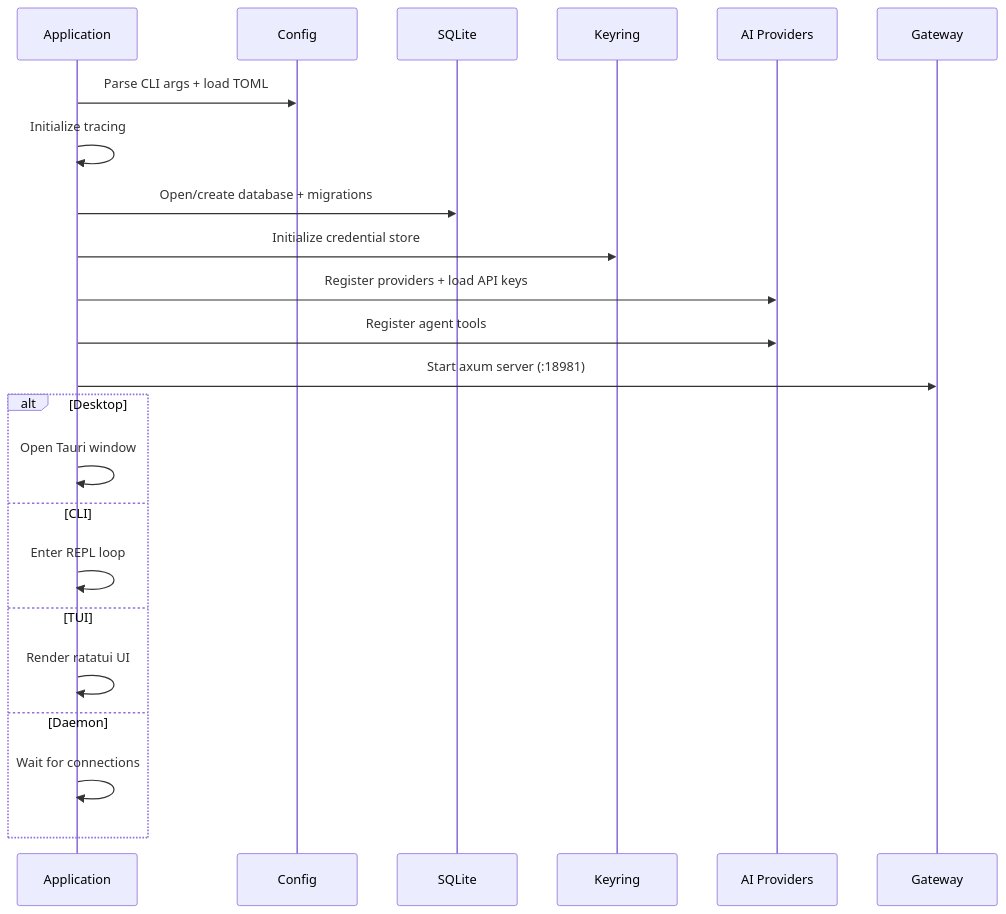
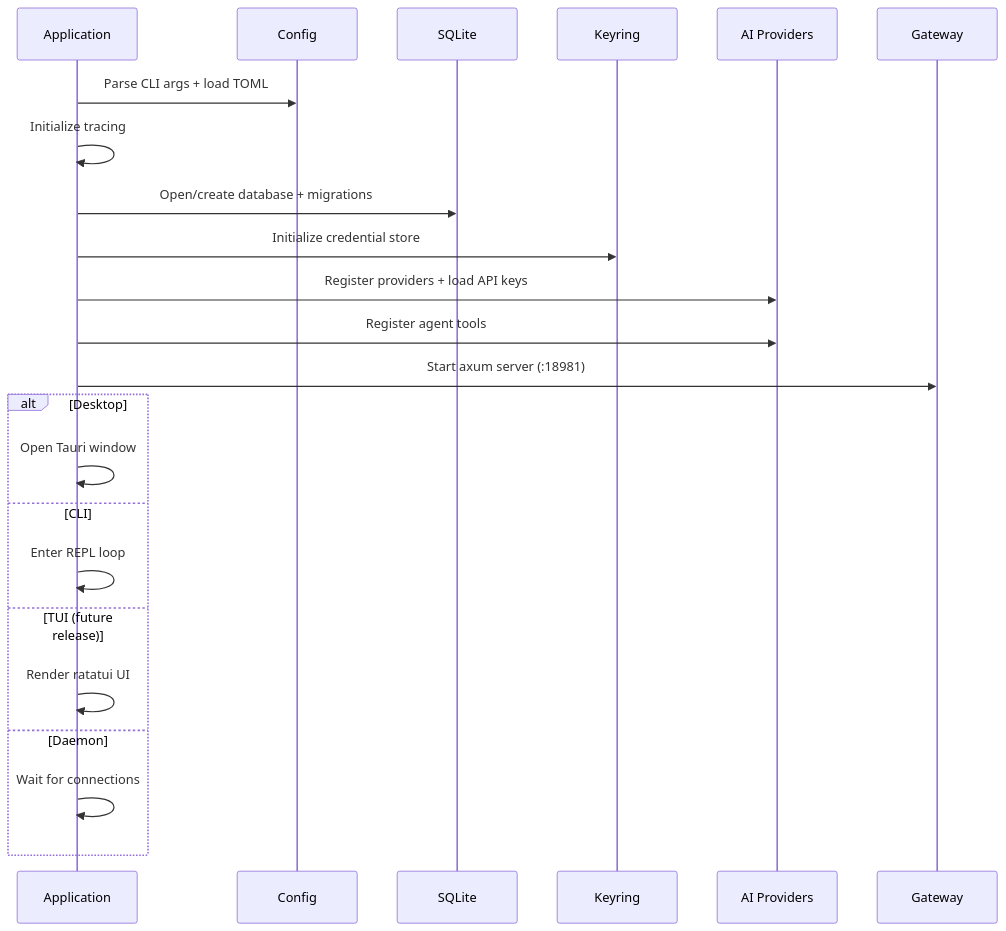
Before and after one commit to sprklai/zenii: the fifth of 7 diagrams in README.md, drawn with Mermaid. The commit also changed other lines of this file and 64 other files, not shown here.

````diff
--- a/README.md
+++ b/README.md
@@ -166,27 +167,27 @@
 ```mermaid
 sequenceDiagram
     participant App as Application
     participant Cfg as Config
     participant DB as SQLite
     participant Cred as Keyring
     participant AI as AI Providers
     participant GW as Gateway
 
     App->>Cfg: Parse CLI args + load TOML
     App->>App: Initialize tracing
     App->>DB: Open/create database + migrations
     App->>Cred: Initialize credential store
     App->>AI: Register providers + load API keys
     App->>AI: Register agent tools
     App->>GW: Start axum server (:18981)
 
     alt Desktop
         App->>App: Open Tauri window
     else CLI
         App->>App: Enter REPL loop
-    else TUI
+    else TUI (future release)
         App->>App: Render ratatui UI
     else Daemon
         App->>App: Wait for connections
     end
 ```
````
